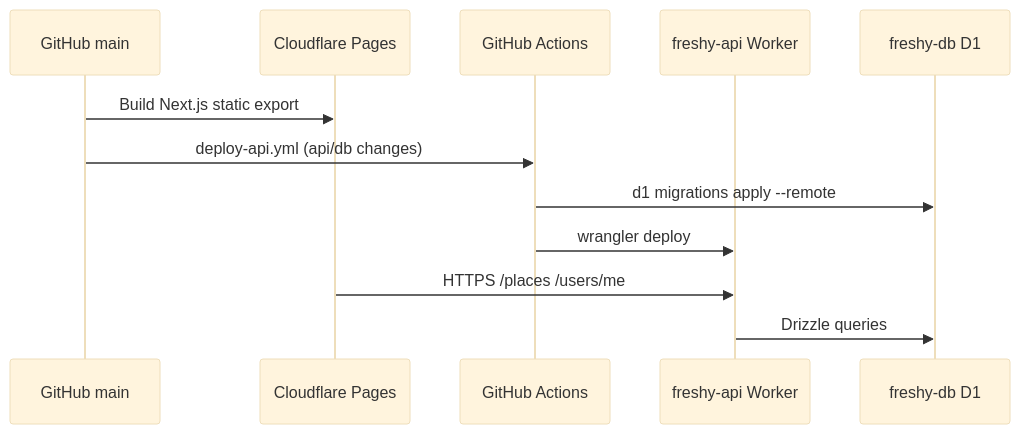
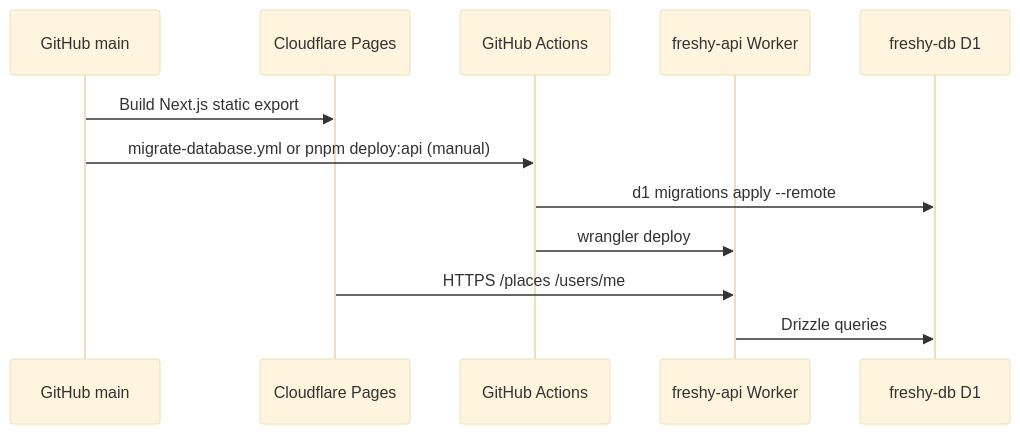
The second of 3 diagrams in README.md (alexandrelheinen/freshy), drawn with Mermaid (base theme) before and after one commit. The commit also changed other lines of this file and 43 other files, not shown here.

````diff
--- a/README.md
+++ b/README.md
@@ -61,15 +61,15 @@
 ```mermaid
 sequenceDiagram
     participant GH as GitHub main
     participant Pages as Cloudflare Pages
     participant GHA as GitHub Actions
     participant Worker as freshy-api Worker
     participant D1 as freshy-db D1
 
     GH->>Pages: Build Next.js static export
-    GH->>GHA: deploy-api.yml (api/db changes)
+    GH->>GHA: migrate-database.yml or pnpm deploy:api (manual)
     GHA->>D1: d1 migrations apply --remote
     GHA->>Worker: wrangler deploy
     Pages->>Worker: HTTPS /places /users/me
     Worker->>D1: Drizzle queries
 ```
````
